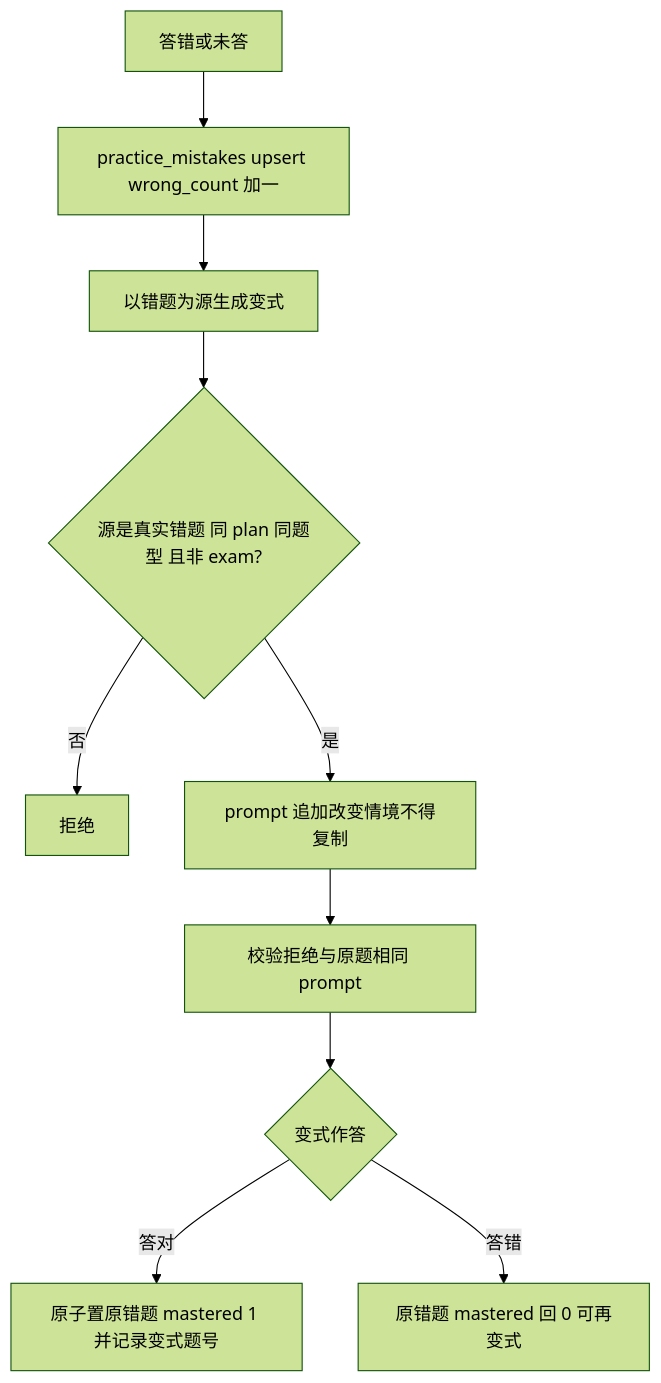
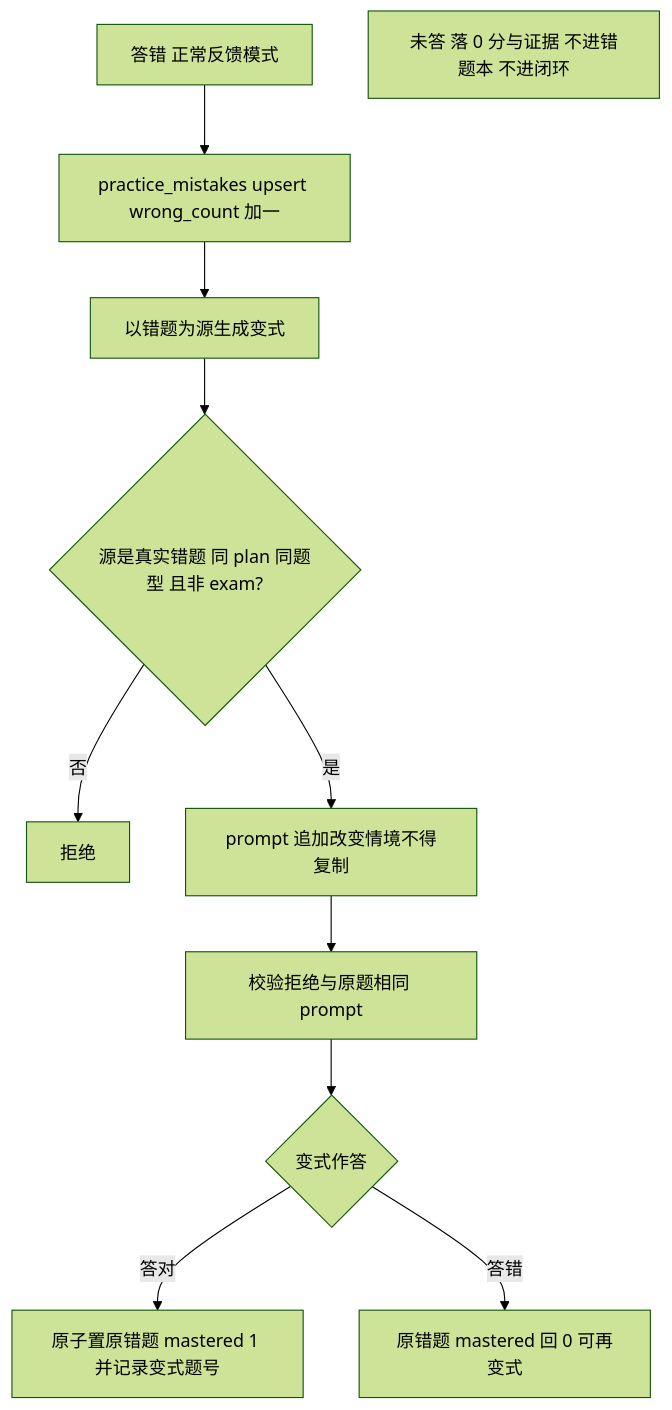
One commit to hershate/Deep-tutor changed the fifth of 11 diagrams in docs/architecture/03-workflow.md. Above: the diagram before and after it, drawn with Mermaid (forest theme). The commit also changed other lines of this file and 6 other files, not shown here.

````diff
--- a/docs/architecture/03-workflow.md
+++ b/docs/architecture/03-workflow.md
@@ -107,12 +107,13 @@
 ```mermaid
 flowchart TD
-    A[答错或未答] --> B[practice_mistakes upsert wrong_count 加一]
+    A[答错 正常反馈模式] --> B[practice_mistakes upsert wrong_count 加一]
+    A2[未答 落 0 分与证据 不进错题本 不进闭环]
     B --> C[以错题为源生成变式]
     C --> D{源是真实错题 同 plan 同题型 且非 exam?}
     D -->|否| E[拒绝]
     D -->|是| F[prompt 追加改变情境不得复制]
     F --> G[校验拒绝与原题相同 prompt]
     G --> H{变式作答}
     H -->|答对| I[原子置原错题 mastered 1 并记录变式题号]
     H -->|答错| J[原错题 mastered 回 0 可再变式]
 ```
````
